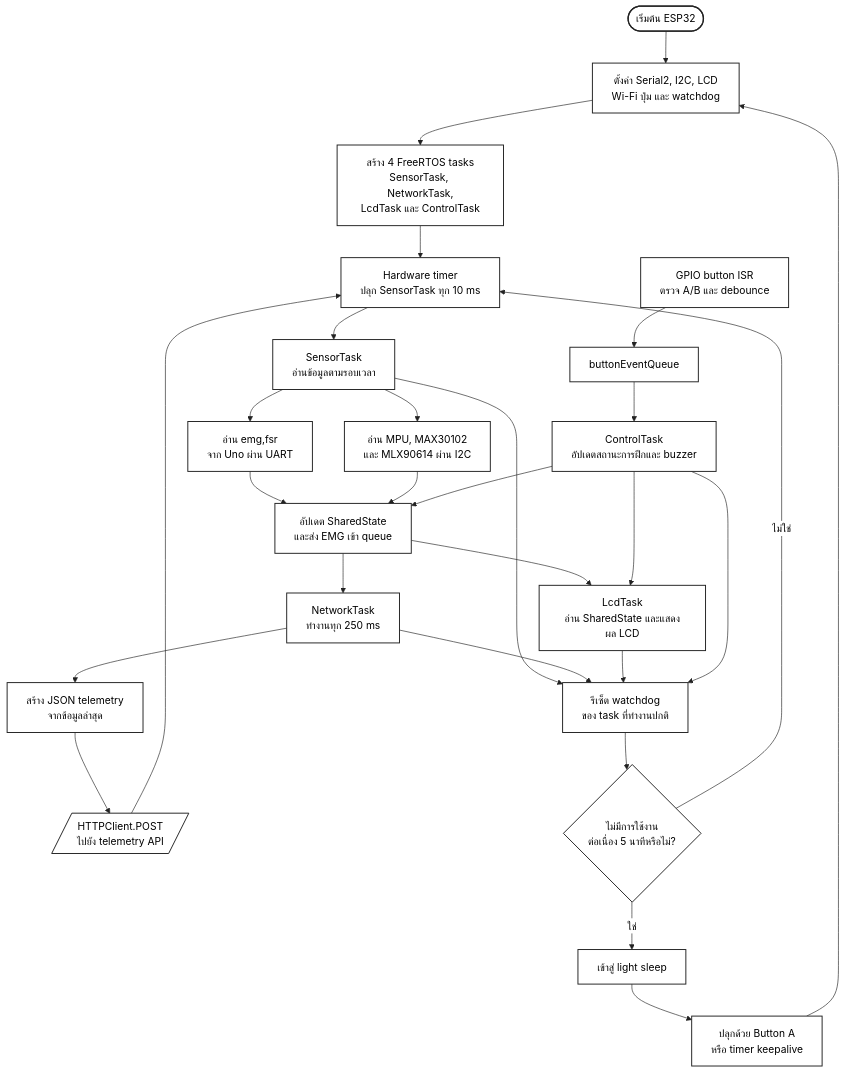
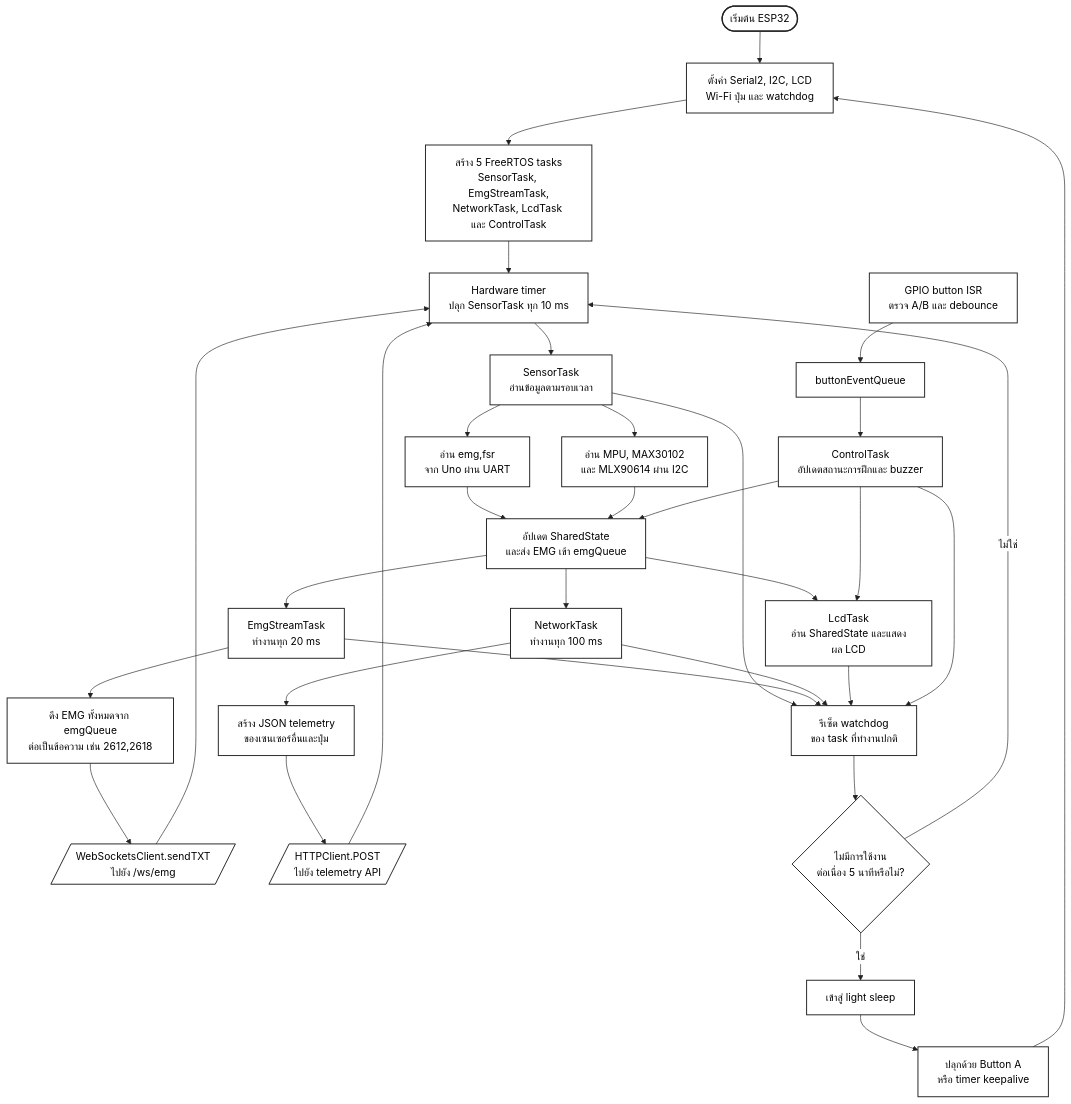
The third of 3 diagrams in report/flowchart.md (Fishcanwalk/muscle-activity-analyzer), drawn with Mermaid before and after one commit. The commit also changed other lines of this file and 12 other files, not shown here.

First line of the commit message:
Refactor telemetry and EMG data handling in ESP32 firmware

````diff
--- a/report/flowchart.md
+++ b/report/flowchart.md
@@ -106,60 +109,68 @@
 ```mermaid
 %%{init: {"theme":"base", "themeVariables": {"background":"#ffffff", "primaryColor":"#ffffff", "primaryTextColor":"#000000", "primaryBorderColor":"#222222", "lineColor":"#222222", "secondaryColor":"#ffffff", "tertiaryColor":"#ffffff", "fontFamily":"Arial"}}}%%
 flowchart TD
     Start([เริ่มต้น ESP32])
     Init[ตั้งค่า Serial2, I2C, LCD<br/>Wi-Fi ปุ่ม และ watchdog]
-    Tasks[สร้าง 4 FreeRTOS tasks<br/>SensorTask, NetworkTask,<br/>LcdTask และ ControlTask]
+    Tasks[สร้าง 5 FreeRTOS tasks<br/>SensorTask, EmgStreamTask,<br/>NetworkTask, LcdTask และ ControlTask]
     Timer[Hardware timer<br/>ปลุก SensorTask ทุก 10 ms]
     Sensor[SensorTask<br/>อ่านข้อมูลตามรอบเวลา]
     UART[อ่าน emg,fsr<br/>จาก Uno ผ่าน UART]
     I2C[อ่าน MPU, MAX30102<br/>และ MLX90614 ผ่าน I2C]
-    State[อัปเดต SharedState<br/>และส่ง EMG เข้า queue]
-    Network[NetworkTask<br/>ทำงานทุก 250 ms]
-    JSON[สร้าง JSON telemetry<br/>จากข้อมูลล่าสุด]
+    State[อัปเดต SharedState<br/>และส่ง EMG เข้า emgQueue]
+    EmgTask[EmgStreamTask<br/>ทำงานทุก 20 ms]
+    EmgFrame[ดึง EMG ทั้งหมดจาก emgQueue<br/>ต่อเป็นข้อความ เช่น 2612,2618]
+    WS[/"WebSocketsClient.sendTXT<br/>ไปยัง /ws/emg"/]
+    Network[NetworkTask<br/>ทำงานทุก 100 ms]
+    JSON[สร้าง JSON telemetry<br/>ของเซนเซอร์อื่นและปุ่ม]
     POST[/HTTPClient.POST<br/>ไปยัง telemetry API/]
     ButtonISR[GPIO button ISR<br/>ตรวจ A/B และ debounce]
     ButtonQueue[buttonEventQueue]
     Control[ControlTask<br/>อัปเดตสถานะการฝึกและ buzzer]
     LCD[LcdTask<br/>อ่าน SharedState และแสดงผล LCD]
     Watchdog[รีเซ็ต watchdog<br/>ของ task ที่ทำงานปกติ]
     Idle{ไม่มีการใช้งาน<br/>ต่อเนื่อง 5 นาทีหรือไม่?}
     Sleep[เข้าสู่ light sleep]
     Wake[ปลุกด้วย Button A<br/>หรือ timer keepalive]
 
     Start --> Init
     Init --> Tasks
     Tasks --> Timer
     Timer --> Sensor
     Sensor --> UART
     Sensor --> I2C
     UART --> State
     I2C --> State
+    State --> EmgTask
+    EmgTask --> EmgFrame
+    EmgFrame --> WS
+    WS --> Timer
     State --> Network
     Network --> JSON
     JSON --> POST
     POST --> Timer
 
     ButtonISR --> ButtonQueue
     ButtonQueue --> Control
     Control --> State
     State --> LCD
     Control --> LCD
     Sensor --> Watchdog
+    EmgTask --> Watchdog
     Network --> Watchdog
     LCD --> Watchdog
     Control --> Watchdog
     Watchdog --> Idle
     Idle -->|ไม่ใช่| Timer
     Idle -->|ใช่| Sleep
     Sleep --> Wake
     Wake --> Init
 
     classDef base fill:#ffffff,stroke:#222222,stroke-width:1.5px,color:#000000;
     classDef startend fill:#ffffff,stroke:#222222,stroke-width:2px,color:#000000;
     classDef io fill:#ffffff,stroke:#222222,stroke-width:1.5px,color:#000000;
     classDef decision fill:#ffffff,stroke:#222222,stroke-width:1.5px,color:#000000;
     class Start startend;
-    class POST io;
+    class WS,POST io;
     class Idle decision;
-    class Init,Tasks,Timer,Sensor,UART,I2C,State,Network,JSON,ButtonISR,ButtonQueue,Control,LCD,Watchdog,Sleep,Wake base;
+    class Init,Tasks,Timer,Sensor,UART,I2C,State,EmgTask,EmgFrame,Network,JSON,ButtonISR,ButtonQueue,Control,LCD,Watchdog,Sleep,Wake base;
 ```
````
